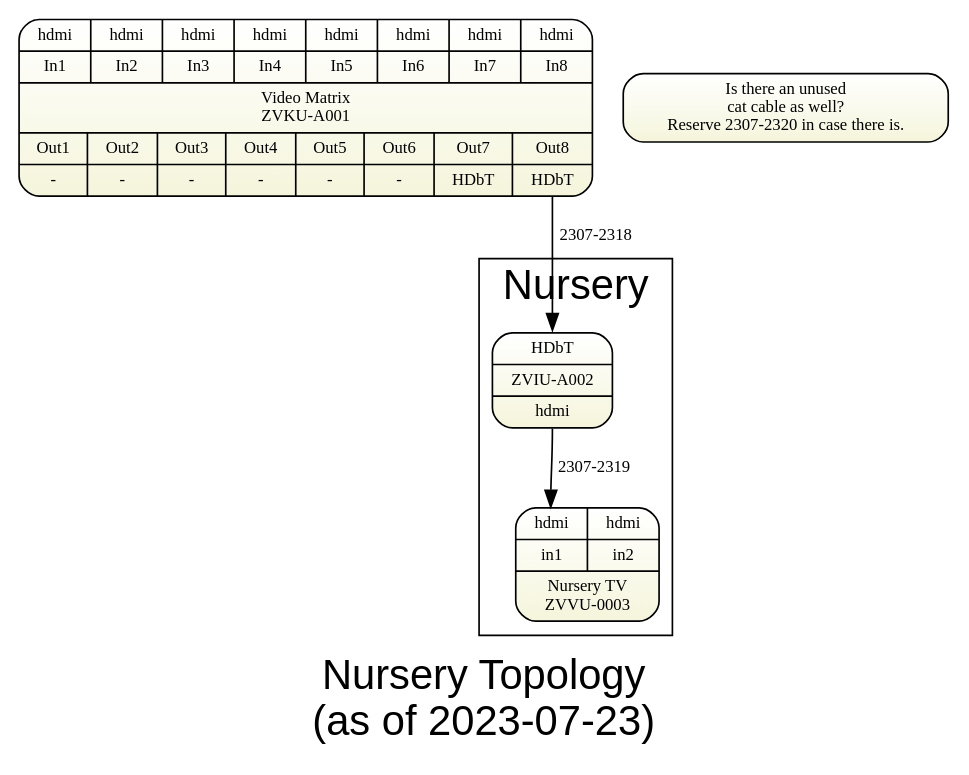
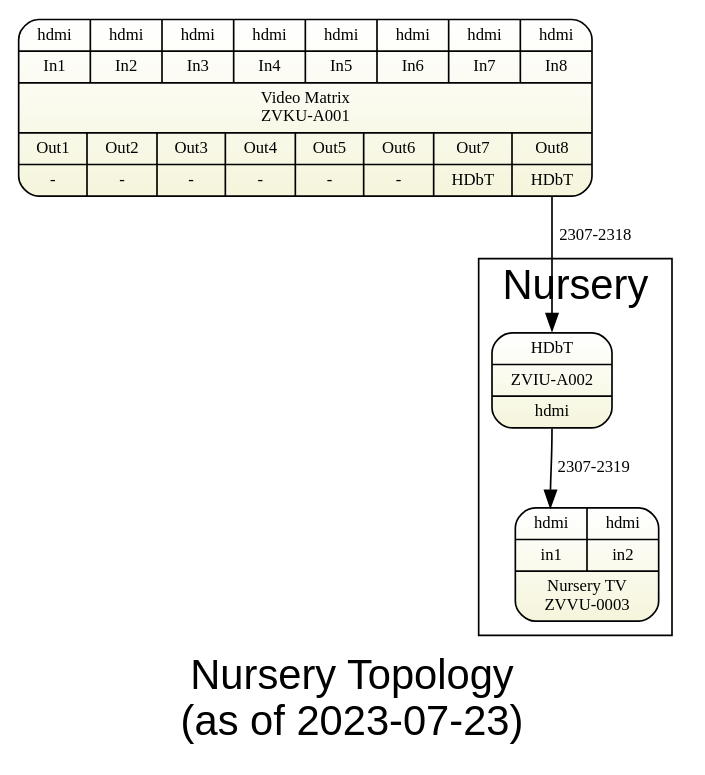
Before and after one commit to avmaint/uactechdoc: the diagram in sdv-topology4-nursery.gv, drawn with Graphviz. The commit also changed 2 other files, not shown here.

```diff
--- a/sdv-topology4-nursery.gv
+++ b/sdv-topology4-nursery.gv
@@ -1,28 +1,26 @@
 digraph nursery { 
 graph [overlap = true, fontsize = 25, rankdir=TB
       label="Nursery Topology\n(as of 2023-07-23)",
       fontname = Helvetica]
  
 node [shape=Mrecord, style=filled , fillcolor="white:beige" ,fontsize = 10, 
       gradientangle=270]
   
 pswitch [label="{
   {{<i1>hdmi|In1}|{<i2>hdmi|In2}|{<i3>hdmi|In3}|{<i4>hdmi|In4}|
   {<i5>hdmi|In5}|{<i6>hdmi|In6}|{<i7>hdmi|In7}|{<i8>hdmi|In8}}
   |{Video Matrix\nZVKU-A001}|
   {{<o1>Out1|-}|{Out2|-}|{Out3|-}|{Out4|-}|
   {Out5|-}|{Out6|-}|{Out7|<o7>HDbT}|{Out8|<o8>HDbT}}  
   }"]  
   
 node [  tooltip="" ]
 
-"Is there an unused\ncat cable as well?\nReserve 2307-2320 in case there is."
-
 subgraph cluster_lobby { label="Nursery" 
   c62hdmi1   [label="{<i>HDbT|ZVIU-A002|<o>hdmi}", tooltip="In nursery"]
   nurserytv  [label="{ {{<i1>hdmi|in1} | {<i2>hdmi|in2}}|Nursery TV\nZVVU-0003}"]
 }
 
 pswitch:o8 -> c62hdmi1:i [label="2307-2318" fontsize=10  ]
 c62hdmi1:o -> nurserytv:i1 [label="2307-2319" fontsize=10  ]
 }
```
